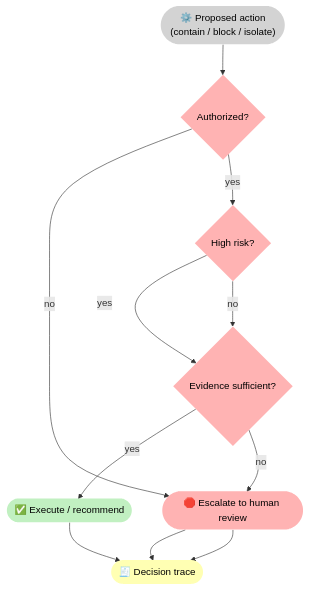
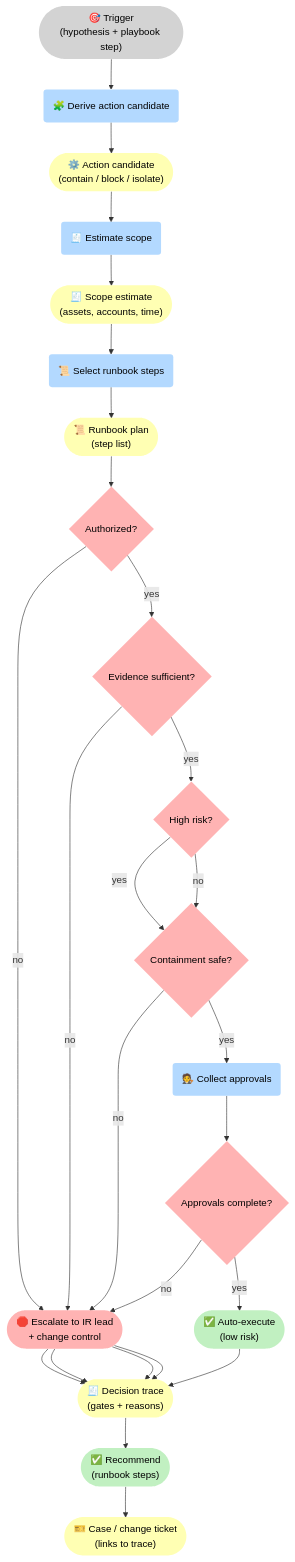
Before and after one commit to 5Reasons/5reasons.github.io: the third of 3 diagrams in docs/case-studies/cybersecurity.md, drawn with Mermaid. The commit also changed other lines of this file and 8 other files, not shown here.

First line of the commit message:
Enhance case studies with detailed flowcharts and explicit gates

````diff
--- a/docs/case-studies/cybersecurity.md
+++ b/docs/case-studies/cybersecurity.md
@@ -129,27 +184,52 @@
 ```mermaid
 flowchart TB
 %% Styles (brModel Standard)
 classDef i fill:#D3D3D3,stroke-width:0px,color:#000;
 classDef p fill:#B3D9FF,stroke-width:0px,color:#000;
 classDef r fill:#FFFFB3,stroke-width:0px,color:#000;
 classDef o fill:#C1F0C1,stroke-width:0px,color:#000;
 classDef s fill:#FFB3B3,stroke-width:0px,color:#000;
 
-I_Action(["⚙️ Proposed action<br>(contain / block / isolate)"]):::i
+I_Trig(["🎯 Trigger<br>(hypothesis + playbook step)"]):::i
+P_Der("🧩 Derive action candidate"):::p
+R_Act(["⚙️ Action candidate<br>(contain / block / isolate)"]):::r
+
+P_Scope("🧾 Estimate scope"):::p
+R_Scope(["🧾 Scope estimate<br>(assets, accounts, time)"]):::r
+
+P_Run("📜 Select runbook steps"):::p
+R_Run(["📜 Runbook plan<br>(step list)"]):::r
+
 G_Auth{"Authorized?"}:::s
+G_Ev{"Evidence sufficient?"}:::s
 G_Risk{"High risk?"}:::s
-G_Ev{"Evidence sufficient?"}:::s
-O_Do(["✅ Execute / recommend"]):::o
-S_Esc(["🛑 Escalate to human review"]):::s
-R_Trace(["🧾 Decision trace"]):::r
+G_Safe{"Containment safe?"}:::s
 
-I_Action --> G_Auth
+P_Approve("🧑‍⚖️ Collect approvals"):::p
+G_App{"Approvals complete?"}:::s
+
+O_Auto(["✅ Auto-execute<br>(low risk)"]):::o
+O_Rec(["✅ Recommend<br>(runbook steps)"]):::o
+S_Esc(["🛑 Escalate to IR lead<br>+ change control"]):::s
+
+R_Trace(["🧾 Decision trace<br>(gates + reasons)"]):::r
+R_Tkt(["🎫 Case / change ticket<br>(links to trace)"]):::r
+
+I_Trig --> P_Der --> R_Act --> P_Scope --> R_Scope --> P_Run --> R_Run --> G_Auth
 G_Auth -->|"no"| S_Esc --> R_Trace
-G_Auth -->|"yes"| G_Risk
+G_Auth -->|"yes"| G_Ev
 
-G_Risk -->|"yes"| G_Ev
-G_Risk -->|"no"| G_Ev
+G_Ev -->|"no"| S_Esc --> R_Trace
+G_Ev -->|"yes"| G_Risk
 
-G_Ev -->|"yes"| O_Do --> R_Trace
-G_Ev -->|"no"| S_Esc --> R_Trace
+G_Risk -->|"yes"| G_Safe
+G_Risk -->|"no"| G_Safe
+
+G_Safe -->|"no"| S_Esc --> R_Trace
+G_Safe -->|"yes"| P_Approve --> G_App
+
+G_App -->|"no"| S_Esc --> R_Trace
+G_App -->|"yes"| O_Auto --> R_Trace
+
+R_Trace --> O_Rec --> R_Tkt
 ```
````
